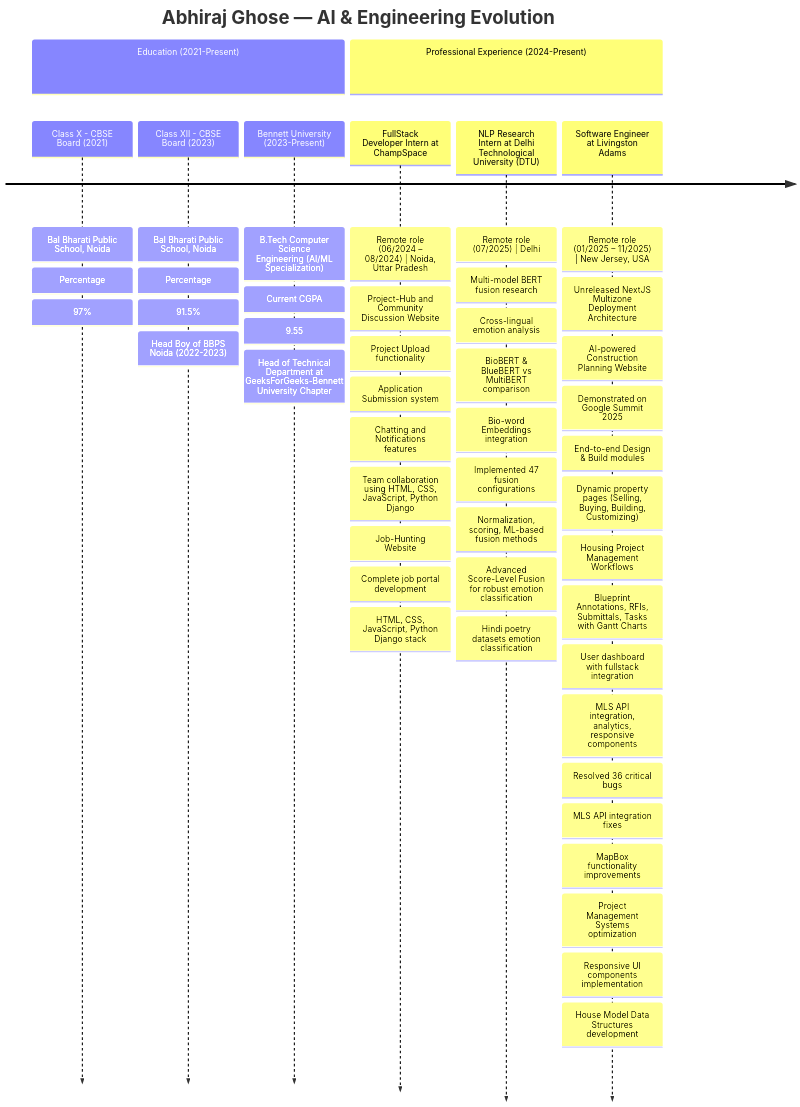
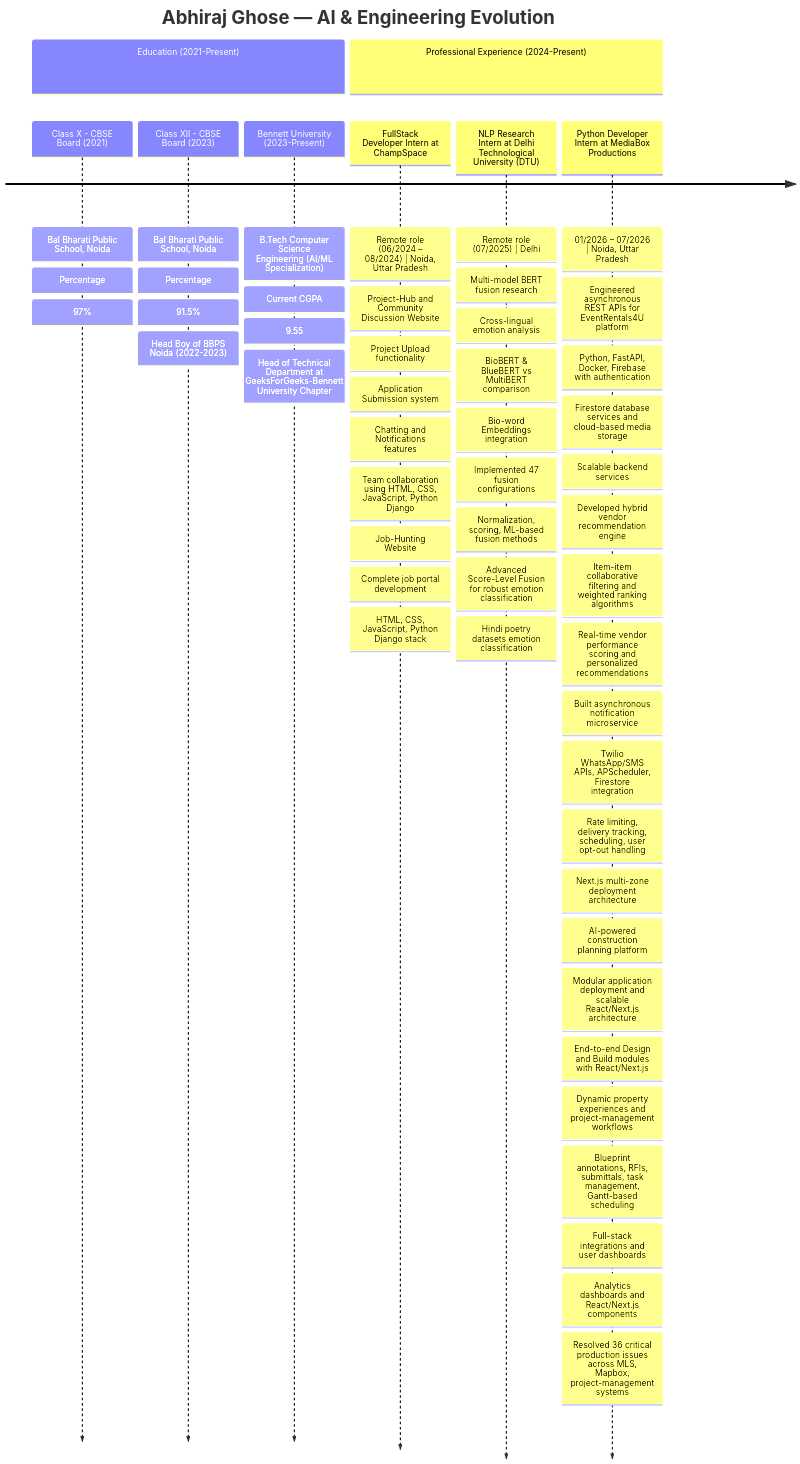
Before and after one commit to AetherSparks/AetherSparks: the diagram in README.md, drawn with Mermaid. The commit also changed other lines of this file, not shown here.

Commit message:
Update Professional Journey: add MediaBox intern, remove Livingston

````diff
--- a/README.md
+++ b/README.md
@@ -268,60 +268,64 @@
 ```mermaid
 timeline
     title Abhiraj Ghose — AI & Engineering Evolution
 
     section Education (2021-Present)
         Class X - CBSE Board (2021)
             : Bal Bharati Public School, Noida
             : Percentage: 97%
         Class XII - CBSE Board (2023)
             : Bal Bharati Public School, Noida
             : Percentage: 91.5%
             : Head Boy of BBPS Noida (2022-2023)
         Bennett University (2023-Present)
             : B.Tech Computer Science Engineering (AI/ML Specialization)
             : Current CGPA: 9.55
             : Head of Technical Department at GeeksForGeeks-Bennett University Chapter
 
     section Professional Experience (2024-Present)
 
         FullStack Developer Intern at ChampSpace
             : Remote role (06/2024 – 08/2024) | Noida, Uttar Pradesh
                 : Project-Hub and Community Discussion Website
                     : Project Upload functionality
                     : Application Submission system
                     : Chatting and Notifications features
                     : Team collaboration using HTML, CSS, JavaScript, Python Django
                 : Job-Hunting Website
                     : Complete job portal development
                     : HTML, CSS, JavaScript, Python Django stack
 
         NLP Research Intern at Delhi Technological University (DTU)
             : Remote role (07/2025) | Delhi
                 : Multi-model BERT fusion research
                 : Cross-lingual emotion analysis
                 : BioBERT & BlueBERT vs MultiBERT comparison
                 : Bio-word Embeddings integration
                 : Implemented 47 fusion configurations
                     : Normalization, scoring, ML-based fusion methods
                     : Advanced Score-Level Fusion for robust emotion classification
                     : Hindi poetry datasets emotion classification
 
-        Software Engineer at Livingston Adams
-            : Remote role (01/2025 – 11/2025) | New Jersey, USA
-                : Unreleased NextJS Multizone Deployment Architecture
-                : AI-powered Construction Planning Website
-                : Demonstrated on Google Summit 2025
-                : End-to-end Design & Build modules
-                    : Dynamic property pages (Selling, Buying, Building, Customizing)
-                    : Housing Project Management Workflows
-                    : Blueprint Annotations, RFIs, Submittals, Tasks with Gantt Charts
-                    : User dashboard with fullstack integration
-                    : MLS API integration, analytics, responsive components
-                : Resolved 36 critical bugs
-                    : MLS API integration fixes
-                    : MapBox functionality improvements
-                    : Project Management Systems optimization
-                    : Responsive UI components implementation
-                    : House Model Data Structures development
+        Python Developer Intern at MediaBox Productions
+            : 01/2026 – 07/2026 | Noida, Uttar Pradesh
+                : Engineered asynchronous REST APIs for EventRentals4U platform
+                    : Python, FastAPI, Docker, Firebase with authentication
+                    : Firestore database services and cloud-based media storage
+                    : Scalable backend services
+                : Developed hybrid vendor recommendation engine
+                    : Item-item collaborative filtering and weighted ranking algorithms
+                    : Real-time vendor performance scoring and personalized recommendations
+                : Built asynchronous notification microservice
+                    : Twilio WhatsApp/SMS APIs, APScheduler, Firestore integration
+                    : Rate limiting, delivery tracking, scheduling, user opt-out handling
+                : Next.js multi-zone deployment architecture
+                    : AI-powered construction planning platform
+                    : Modular application deployment and scalable React/Next.js architecture
+                : End-to-end Design and Build modules with React/Next.js
+                    : Dynamic property experiences and project-management workflows
+                    : Blueprint annotations, RFIs, submittals, task management, Gantt-based scheduling
+                : Full-stack integrations and user dashboards
+                    : Analytics dashboards and React/Next.js components
+                    : Resolved 36 critical production issues across MLS, Mapbox, project-management systems
 
 ```
````
